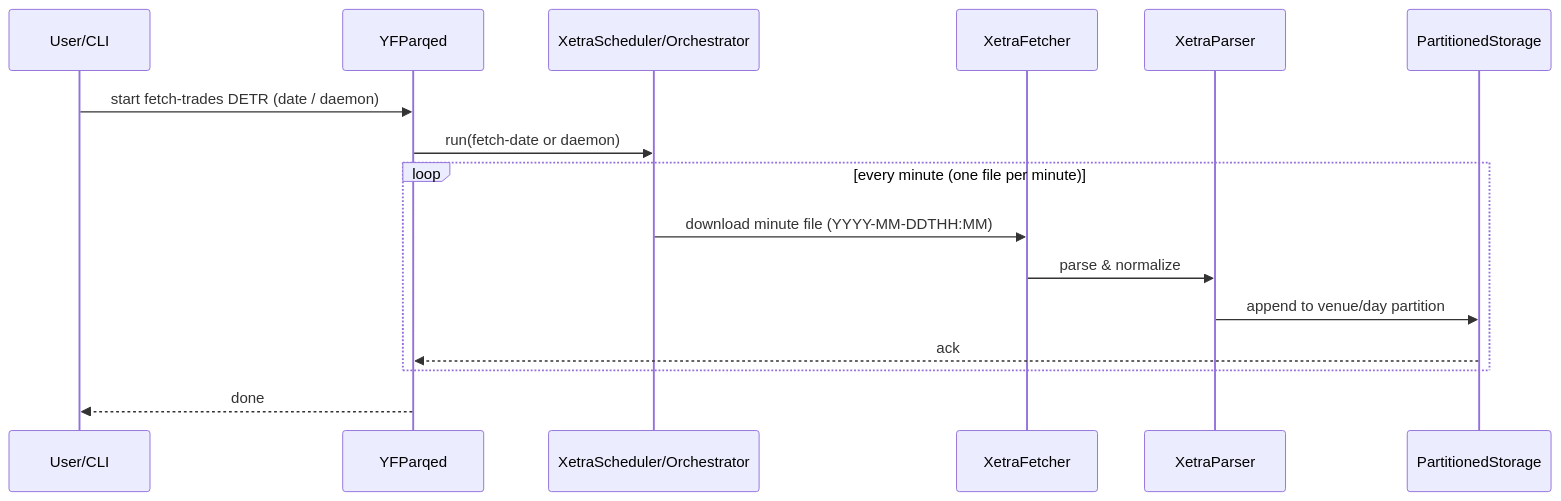
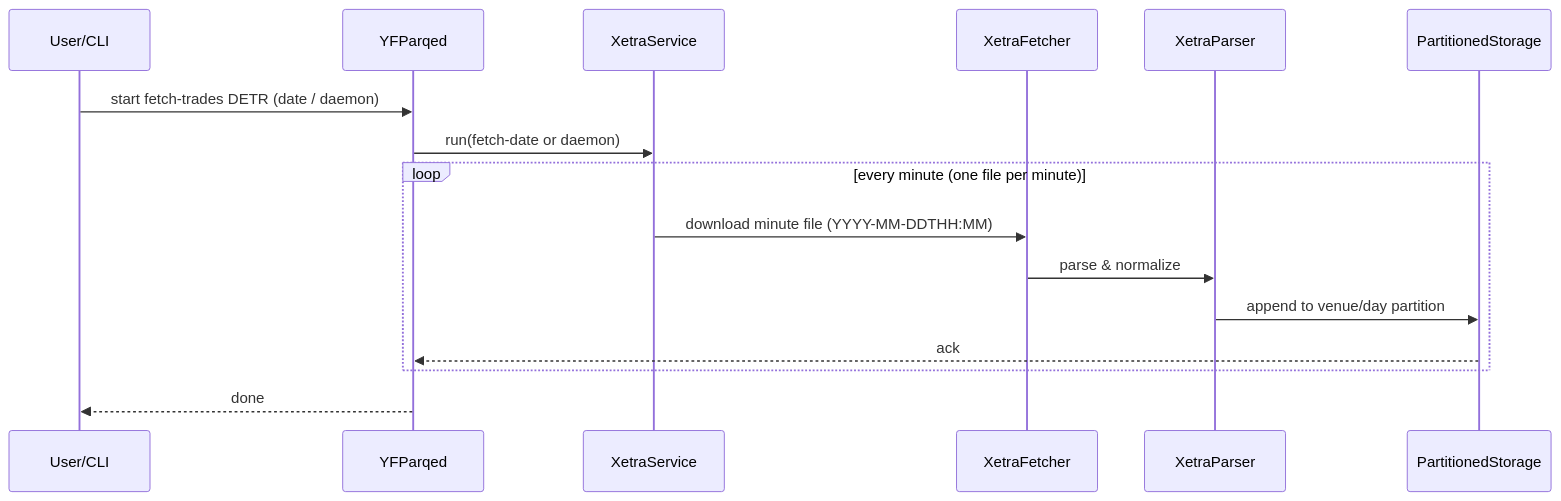
Before and after one commit to SiggiSmara/yf_parqed: the third of 3 diagrams in .github/ARCHITECTURE.md, drawn with Mermaid. The commit also changed other lines of this file, not shown here.

Commit message:
docs: remove duplicated text and fix structure in architecture doc

````diff
--- a/.github/ARCHITECTURE.md
+++ b/.github/ARCHITECTURE.md
@@ -77,19 +85,19 @@
 ```mermaid
 sequenceDiagram
 	participant U as User/CLI
 	participant F as YFParqed
-	participant XSched as XetraScheduler/Orchestrator
+	participant XServ as XetraService
 	participant Fetch as XetraFetcher
 	participant Parser as XetraParser
 	participant Store as PartitionedStorage
 
 	U->>F: start fetch-trades DETR (date / daemon)
-	F->>XSched: run(fetch-date or daemon)
+	F->>XServ: run(fetch-date or daemon)
 	loop every minute (one file per minute)
-		XSched->>Fetch: download minute file (YYYY-MM-DDTHH:MM)
+		XServ->>Fetch: download minute file (YYYY-MM-DDTHH:MM)
 		Fetch->>Parser: parse & normalize
 		Parser->>Store: append to venue/day partition
 		Store-->>F: ack
 	end
 	F-->>U: done
 ```
````
